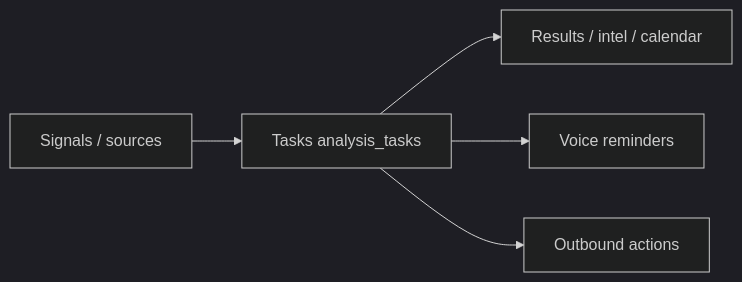
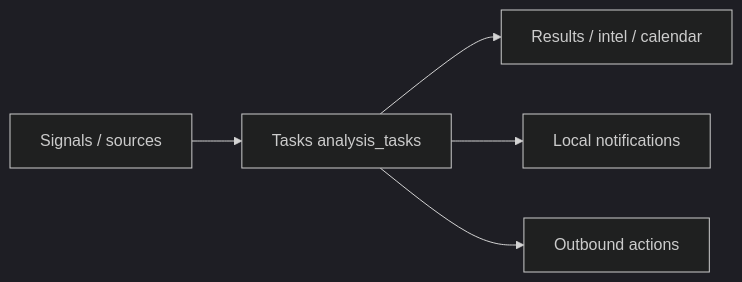
The second of 3 diagrams in docs/ARCHITECTURE.md (Wing9897/im), drawn with Mermaid (dark theme) before and after one commit. The commit also changed other lines of this file and 438 other files, not shown here.

````diff
--- a/docs/ARCHITECTURE.md
+++ b/docs/ARCHITECTURE.md
@@ -43,7 +43,7 @@
 ```mermaid
 flowchart LR
   Signals[Signals / sources] --> Tasks[Tasks analysis_tasks]
   Tasks --> Results[Results / intel / calendar]
-  Tasks --> Reminders[Voice reminders]
+  Tasks --> Reminders[Local notifications]
   Tasks --> Actions[Outbound actions]
 ```
````
